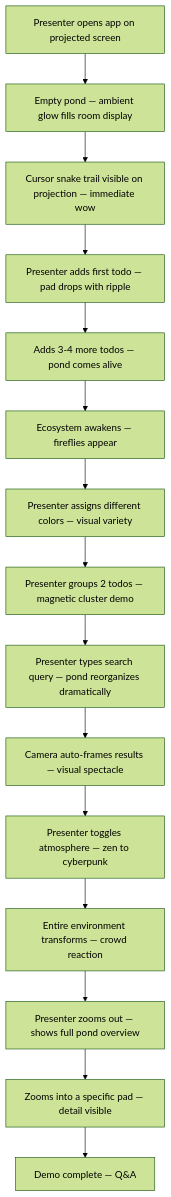
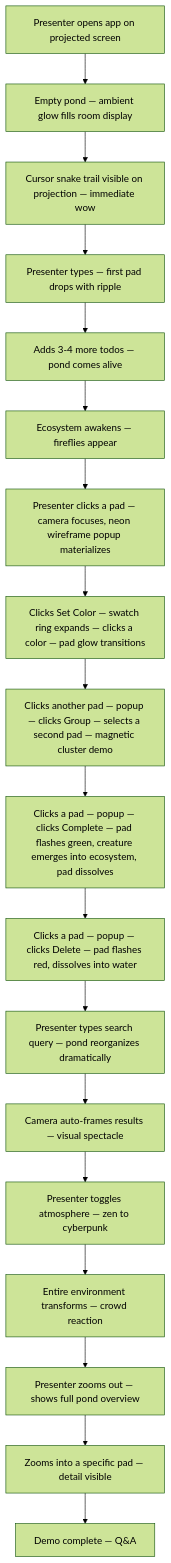
The fifth of 5 diagrams in _bmad-output/planning-artifacts/ux-design-specification.md (mscottx88/nearform-bmad-todo-app), drawn with Mermaid (forest theme) before and after one commit. The commit also changed other lines of this file and 10 other files, not shown here.

````diff
--- a/_bmad-output/planning-artifacts/ux-design-specification.md
+++ b/_bmad-output/planning-artifacts/ux-design-specification.md
@@ -707,17 +738,20 @@
 ```mermaid
 flowchart TD
     A[Presenter opens app on projected screen] --> B[Empty pond — ambient glow fills room display]
     B --> C[Cursor snake trail visible on projection — immediate wow]
-    C --> D[Presenter adds first todo — pad drops with ripple]
+    C --> D[Presenter types — first pad drops with ripple]
     D --> E[Adds 3-4 more todos — pond comes alive]
     E --> F[Ecosystem awakens — fireflies appear]
-    F --> G[Presenter assigns different colors — visual variety]
-    G --> H[Presenter groups 2 todos — magnetic cluster demo]
-    H --> I[Presenter types search query — pond reorganizes dramatically]
-    I --> J[Camera auto-frames results — visual spectacle]
-    J --> K[Presenter toggles atmosphere — zen to cyberpunk]
-    K --> L[Entire environment transforms — crowd reaction]
-    L --> M[Presenter zooms out — shows full pond overview]
-    M --> N[Zooms into a specific pad — detail visible]
-    N --> O[Demo complete — Q&A]
+    F --> G[Presenter clicks a pad — camera focuses, neon wireframe popup materializes]
+    G --> H[Clicks Set Color — swatch ring expands — clicks a color — pad glow transitions]
+    H --> I[Clicks another pad — popup — clicks Group — selects a second pad — magnetic cluster demo]
+    I --> J[Clicks a pad — popup — clicks Complete — pad flashes green, creature emerges into ecosystem, pad dissolves]
+    J --> K[Clicks a pad — popup — clicks Delete — pad flashes red, dissolves into water]
+    K --> L[Presenter types search query — pond reorganizes dramatically]
+    L --> M[Camera auto-frames results — visual spectacle]
+    M --> N[Presenter toggles atmosphere — zen to cyberpunk]
+    N --> O[Entire environment transforms — crowd reaction]
+    O --> P[Presenter zooms out — shows full pond overview]
+    P --> Q[Zooms into a specific pad — detail visible]
+    Q --> R[Demo complete — Q&A]
 ```
````
